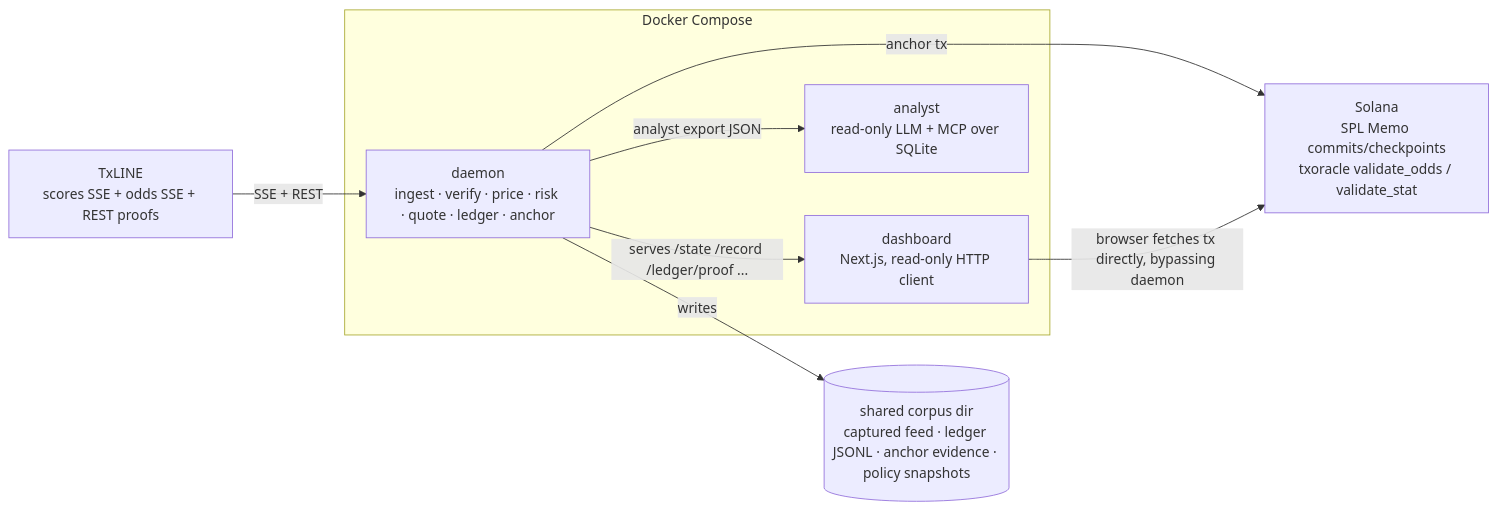
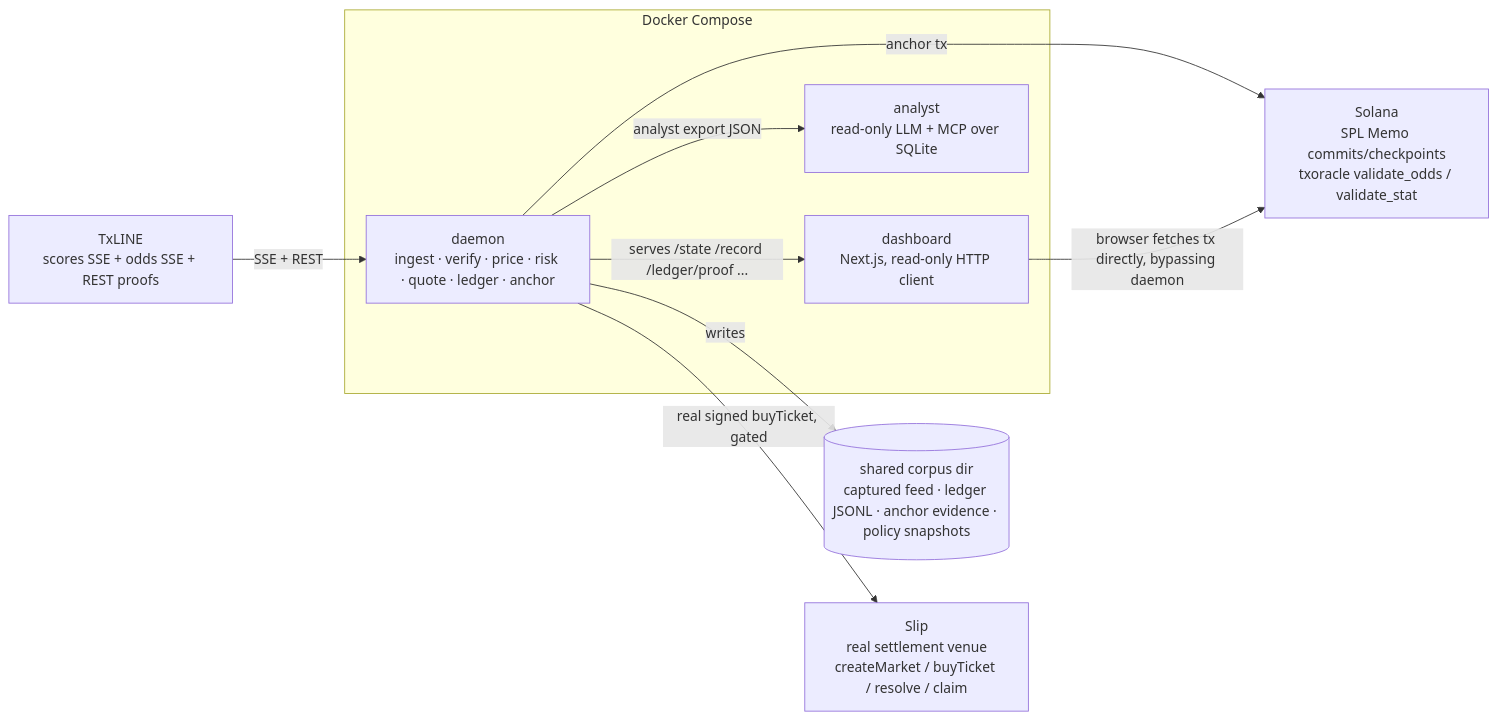
The first of 5 diagrams in architecture.md (danielAsaboro/tissue), drawn with Mermaid before and after one commit. The commit also changed other lines of this file and 10 other files, not shown here.

First line of the commit message:
Docs: replace "no real order execution" with the real Slip execution path

````diff
--- a/architecture.md
+++ b/architecture.md
@@ -15,21 +15,23 @@
 ```mermaid
 flowchart LR
     TX["TxLINE\nscores SSE + odds SSE + REST proofs"]
 
     subgraph runtime["Docker Compose"]
         D["daemon\ningest · verify · price · risk · quote · ledger · anchor"]
         DASH["dashboard\nNext.js, read-only HTTP client"]
         A["analyst\nread-only LLM + MCP over SQLite"]
     end
 
     CORPUS[("shared corpus dir\ncaptured feed · ledger JSONL · anchor evidence · policy snapshots")]
 
     SOL["Solana\nSPL Memo commits/checkpoints\ntxoracle validate_odds / validate_stat"]
+    SLIP["Slip\nreal settlement venue\ncreateMarket / buyTicket / resolve / claim"]
 
     TX -->|SSE + REST| D
     D -->|writes| CORPUS
     D -->|serves /state /record /ledger/proof ...| DASH
     D -->|analyst export JSON| A
     D -->|anchor tx| SOL
+    D -->|real signed buyTicket, gated| SLIP
     DASH -->|browser fetches tx directly, bypassing daemon| SOL
 ```
````
